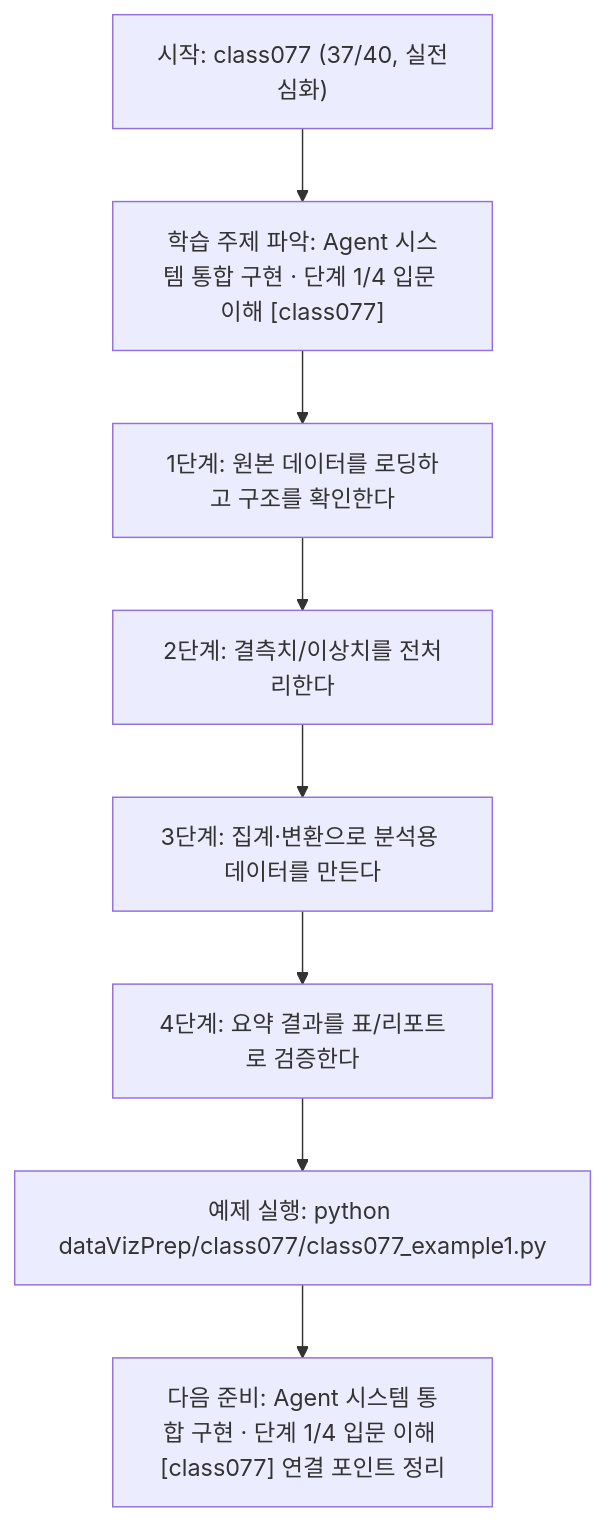
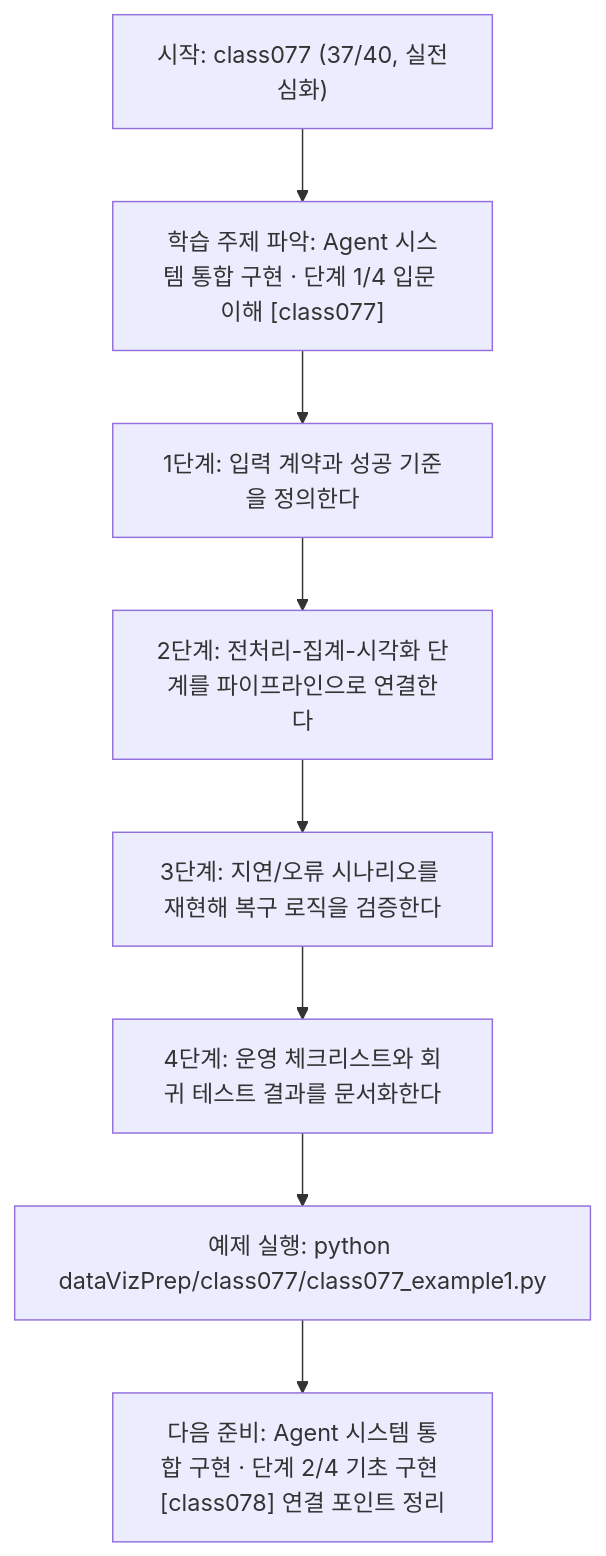
The diagram in dataVizPrep/class077/class077.md (edumgt/Python-AI_Agent-Class), drawn with Mermaid before and after one commit. The commit also changed other lines of this file and 283 other files, not shown here.

````diff
--- a/dataVizPrep/class077/class077.md
+++ b/dataVizPrep/class077/class077.md
@@ -112,18 +92,18 @@
 ```mermaid
 flowchart TD
 N1["시작: class077 (37/40, 실전심화)"]
 N2["학습 주제 파악: Agent 시스템 통합 구현 · 단계 1/4 입문 이해 [class077]"]
-N3["1단계: 원본 데이터를 로딩하고 구조를 확인한다"]
-N4["2단계: 결측치/이상치를 전처리한다"]
-N5["3단계: 집계·변환으로 분석용 데이터를 만든다"]
-N6["4단계: 요약 결과를 표/리포트로 검증한다"]
+N3["1단계: 입력 계약과 성공 기준을 정의한다"]
+N4["2단계: 전처리-집계-시각화 단계를 파이프라인으로 연결한다"]
+N5["3단계: 지연/오류 시나리오를 재현해 복구 로직을 검증한다"]
+N6["4단계: 운영 체크리스트와 회귀 테스트 결과를 문서화한다"]
 N7["예제 실행: python dataVizPrep/class077/class077_example1.py"]
-N8["다음 준비: Agent 시스템 통합 구현 · 단계 1/4 입문 이해 [class077] 연결 포인트 정리"]
+N8["다음 준비: Agent 시스템 통합 구현 · 단계 2/4 기초 구현 [class078] 연결 포인트 정리"]
 N1 --> N2
 N2 --> N3
 N3 --> N4
 N4 --> N5
 N5 --> N6
 N6 --> N7
 N7 --> N8
 ```
````
